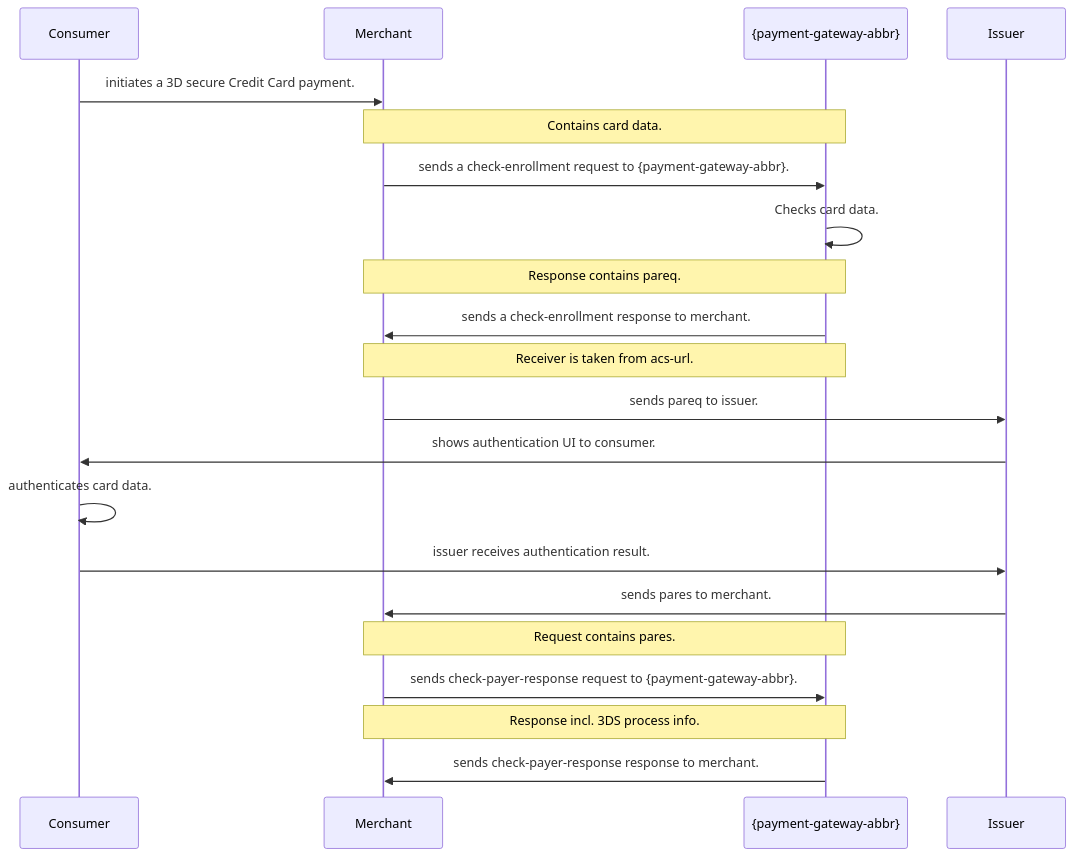
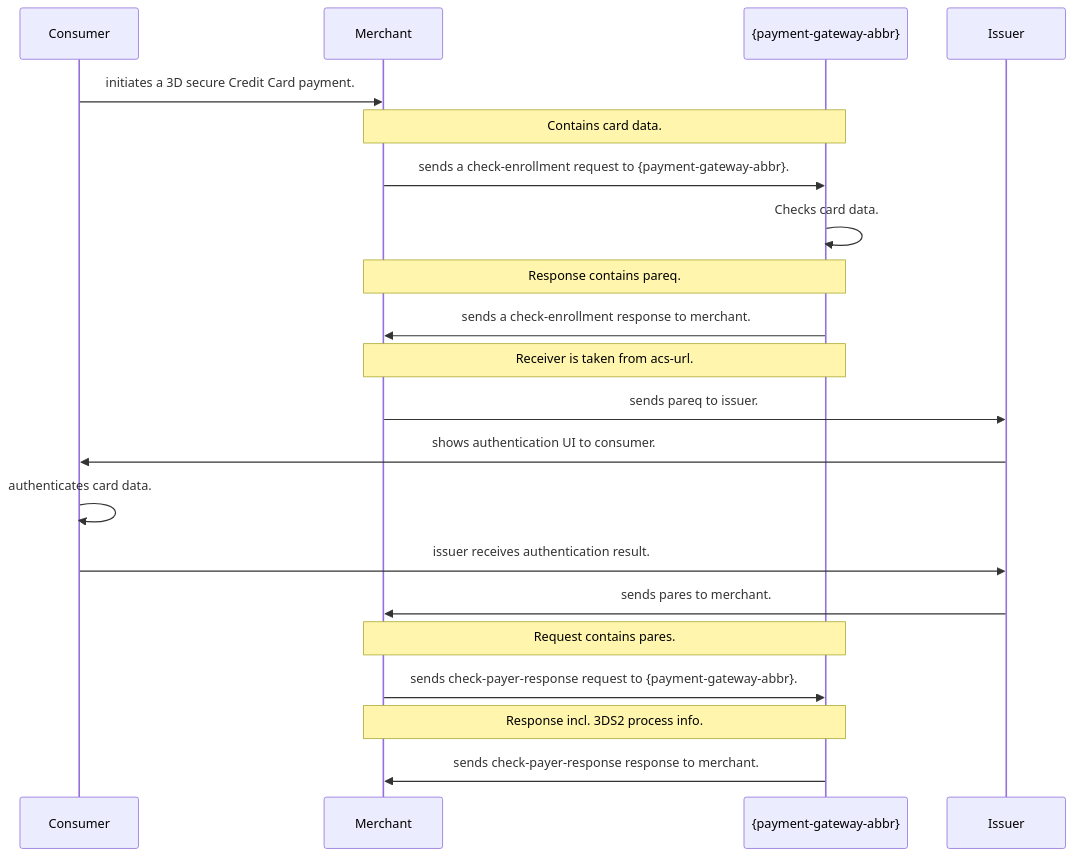
One commit to wirecard/merchant-documentation-gateway changed the diagram in 11-01-08-testcards.adoc. Above: the diagram before and after it, drawn with Mermaid.

Commit message:
Minor adjustment

```diff
--- a/11-01-08-testcards.adoc
+++ b/11-01-08-testcards.adoc
@@ -242,24 +242,24 @@
 [mermaid, 3DS2_TestCards_Workflow,svg,subs=attributes+]
 ----
 sequenceDiagram
     participant Consumer
     participant Merchant
     participant {payment-gateway-abbr}
     participant Issuer
 Consumer->>Merchant: initiates a 3D secure Credit Card payment.
 Note over Merchant,{payment-gateway-abbr}: Contains card data.
 Merchant->>{payment-gateway-abbr}: sends a check-enrollment request to {payment-gateway-abbr}.
 {payment-gateway-abbr}->>{payment-gateway-abbr}: Checks card data.
 Note over Merchant,{payment-gateway-abbr}: Response contains pareq.
 {payment-gateway-abbr}->>Merchant: sends a check-enrollment response to merchant.
 Note over Merchant,{payment-gateway-abbr}: Receiver is taken from acs-url.
 Merchant->>Issuer: sends pareq to issuer.
 Issuer->>Consumer: shows authentication UI to consumer.
 Consumer->>Consumer: authenticates card data.
 Consumer->>Issuer: issuer receives authentication result.
 Issuer->>Merchant: sends pares to merchant.
 Note over Merchant,{payment-gateway-abbr}: Request contains pares.
 Merchant->>{payment-gateway-abbr}: sends check-payer-response request to {payment-gateway-abbr}.
-Note over Merchant,{payment-gateway-abbr}: Response incl. 3DS process info.
+Note over Merchant,{payment-gateway-abbr}: Response incl. 3DS2 process info.
 {payment-gateway-abbr}->>Merchant: sends check-payer-response response to merchant.
 ----
```
